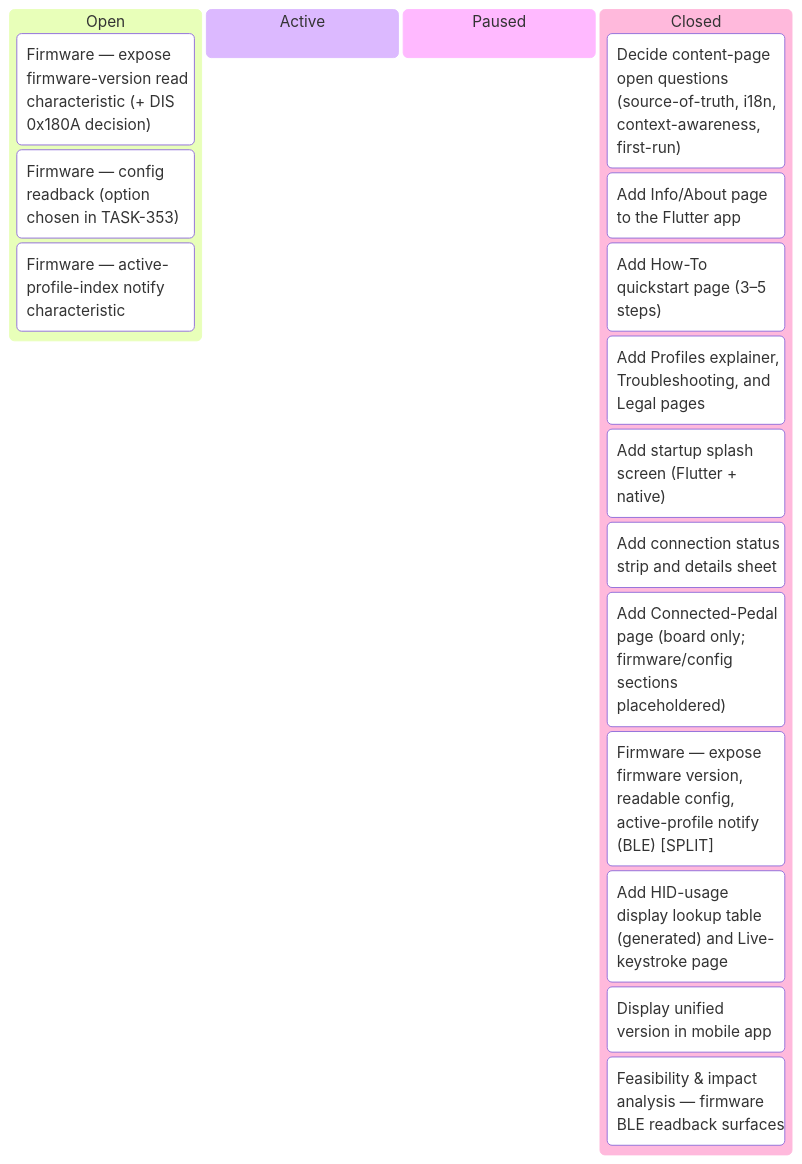
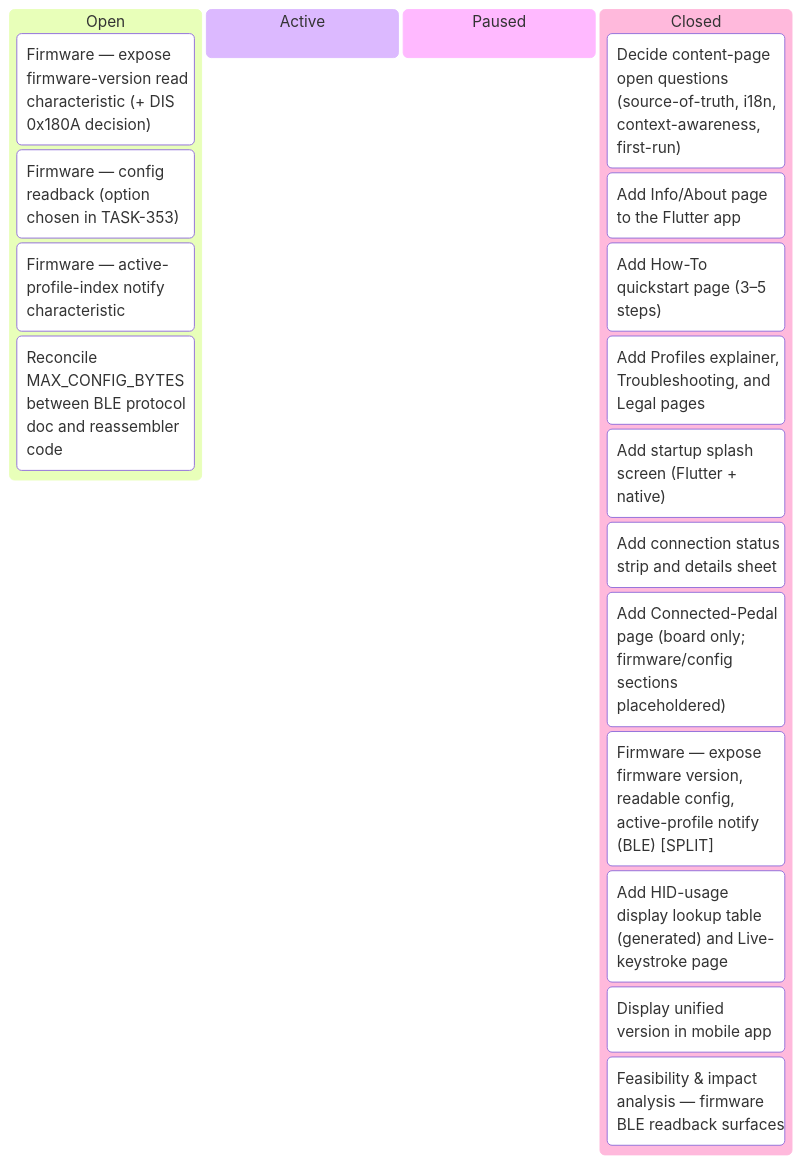
Before and after one commit to tgd1975/AwesomeStudioPedal: the first of 7 diagrams in docs/developers/tasks/KANBAN.md, drawn with Mermaid. The commit also changed other lines of this file and 4 other files, not shown here.

````diff
--- a/docs/developers/tasks/KANBAN.md
+++ b/docs/developers/tasks/KANBAN.md
@@ -11,21 +11,22 @@
 ```mermaid
 kanban
   Open
     TASK_354["Firmware — expose firmware-version read characteristic (+ DIS 0x180A decision)"]
     TASK_355["Firmware — config readback (option chosen in TASK-353)"]
     TASK_356["Firmware — active-profile-index notify characteristic"]
+    TASK_357["Reconcile MAX_CONFIG_BYTES between BLE protocol doc and reassembler code"]
   Active
   Paused
   Closed
     TASK_330["Decide content-page open questions (source-of-truth, i18n, context-awareness, first-run)"]
     TASK_331["Add Info/About page to the Flutter app"]
     TASK_332["Add How-To quickstart page (3–5 steps)"]
     TASK_333["Add Profiles explainer, Troubleshooting, and Legal pages"]
     TASK_334["Add startup splash screen (Flutter + native)"]
     TASK_335["Add connection status strip and details sheet"]
     TASK_336["Add Connected-Pedal page (board only; firmware/config sections placeholdered)"]
     TASK_337["Firmware — expose firmware version, readable config, active-profile notify (BLE) [SPLIT]"]
     TASK_338["Add HID-usage display lookup table (generated) and Live-keystroke page"]
     TASK_349["Display unified version in mobile app"]
     TASK_353["Feasibility & impact analysis — firmware BLE readback surfaces"]
 ```
````
